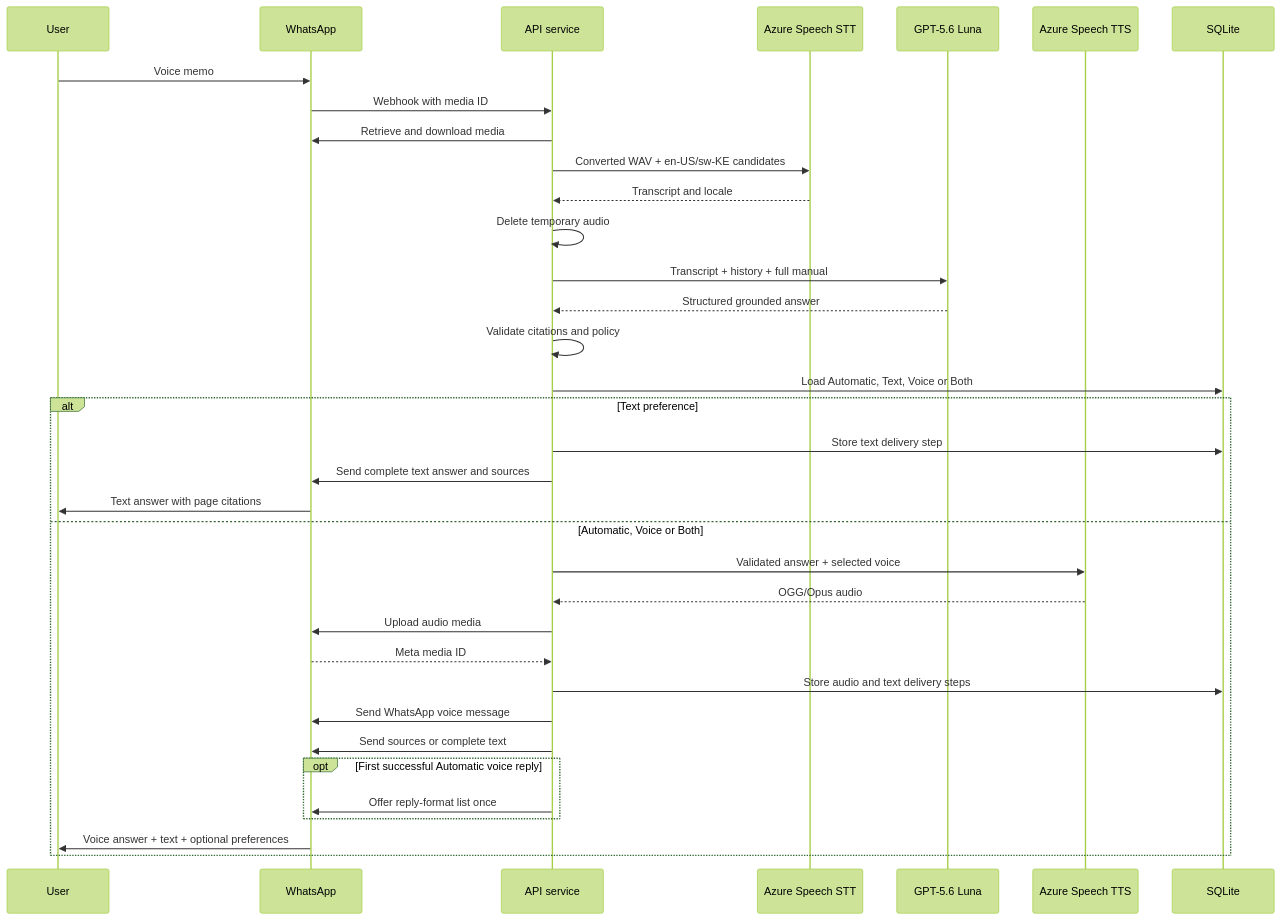
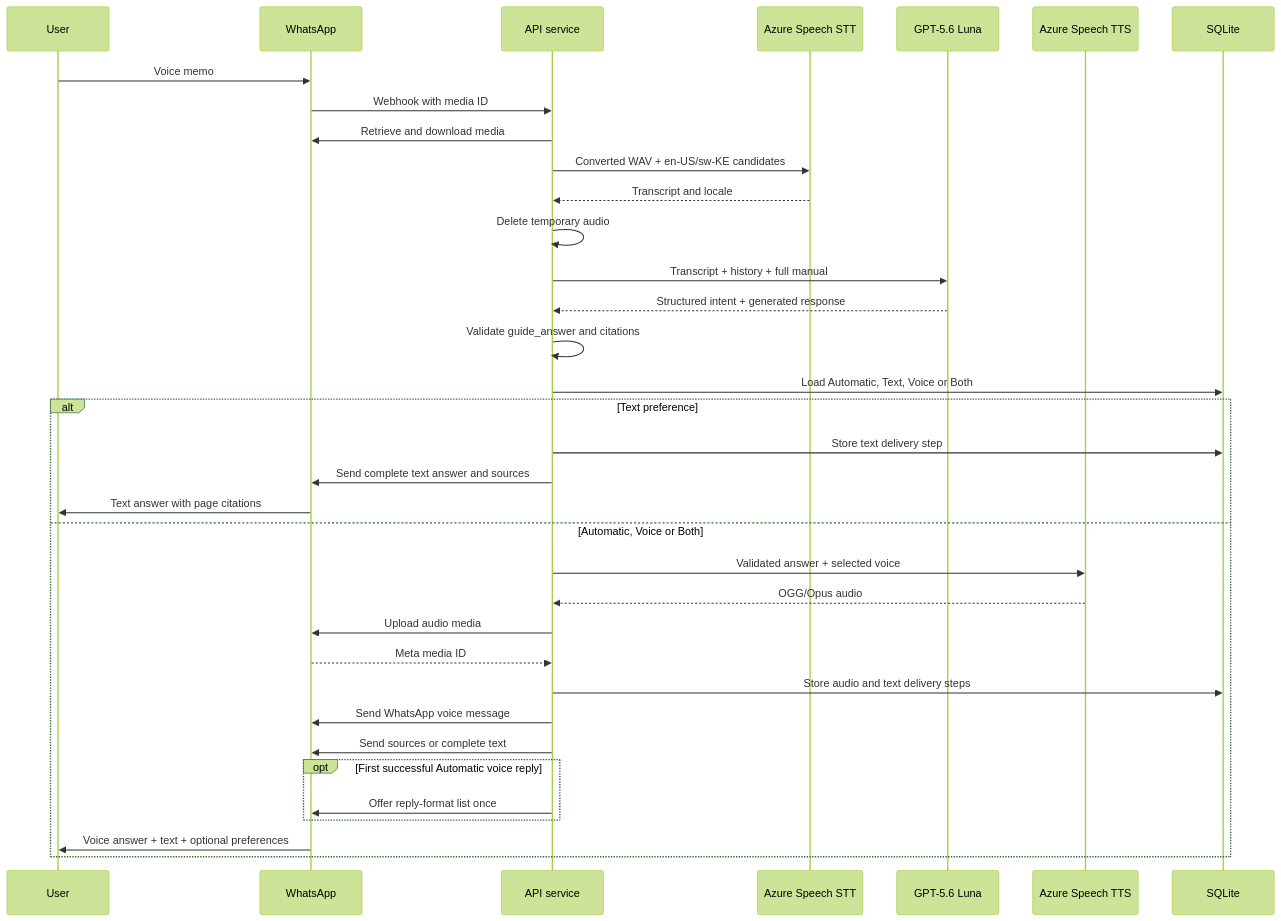
One commit to TheADHDTechie/SAGE changed the third of 5 diagrams in SOLUTION-DESIGN.md. Above: the diagram before and after it, drawn with Mermaid (forest theme). The commit also changed other lines of this file and 17 other files, not shown here.

First line of the commit message:
feat: unify AI intent and response routing

````diff
--- a/SOLUTION-DESIGN.md
+++ b/SOLUTION-DESIGN.md
@@ -581,38 +591,38 @@
 ```mermaid
 sequenceDiagram
     participant U as User
     participant W as WhatsApp
     participant A as API service
     participant STT as Azure Speech STT
     participant L as GPT-5.6 Luna
     participant TTS as Azure Speech TTS
     participant D as SQLite
 
     U->>W: Voice memo
     W->>A: Webhook with media ID
     A->>W: Retrieve and download media
     A->>STT: Converted WAV + en-US/sw-KE candidates
     STT-->>A: Transcript and locale
     A->>A: Delete temporary audio
     A->>L: Transcript + history + full manual
-    L-->>A: Structured grounded answer
-    A->>A: Validate citations and policy
+    L-->>A: Structured intent + generated response
+    A->>A: Validate guide_answer and citations
     A->>D: Load Automatic, Text, Voice or Both
     alt Text preference
         A->>D: Store text delivery step
         A->>W: Send complete text answer and sources
         W->>U: Text answer with page citations
     else Automatic, Voice or Both
         A->>TTS: Validated answer + selected voice
         TTS-->>A: OGG/Opus audio
         A->>W: Upload audio media
         W-->>A: Meta media ID
         A->>D: Store audio and text delivery steps
         A->>W: Send WhatsApp voice message
         A->>W: Send sources or complete text
         opt First successful Automatic voice reply
             A->>W: Offer reply-format list once
         end
         W->>U: Voice answer + text + optional preferences
     end
 ```
````
